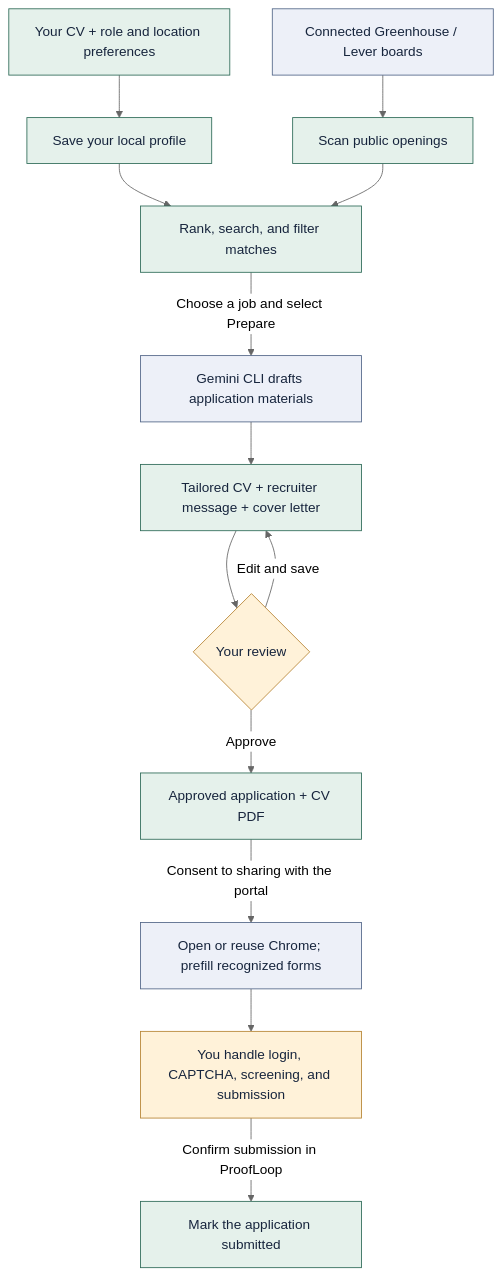
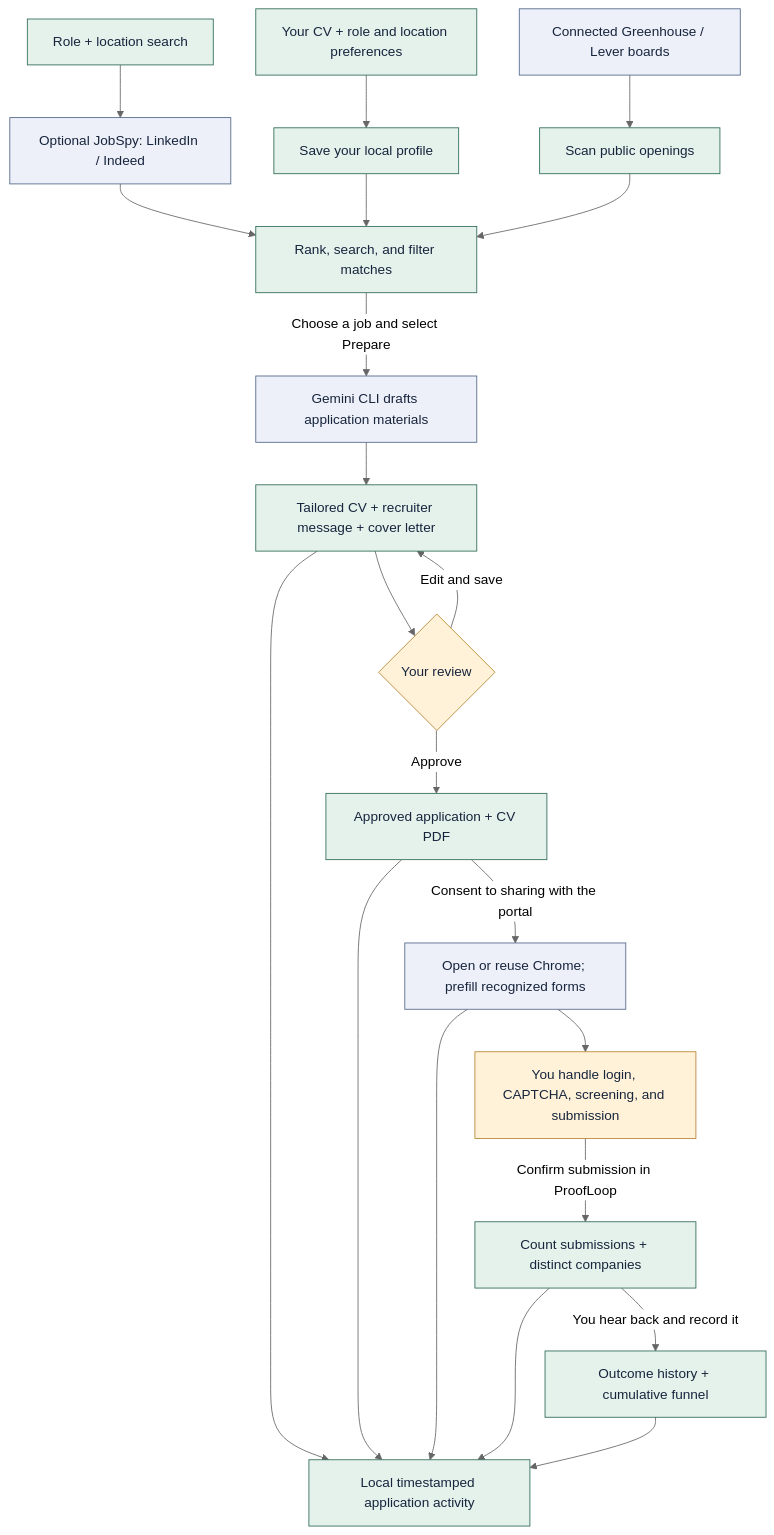
The diagram in README.md (vedantparmar12/proofloop), drawn with Mermaid (neutral theme) before and after one commit. The commit also changed other lines of this file and 18 other files, not shown here.

````diff
--- a/README.md
+++ b/README.md
@@ -36,22 +38,30 @@
 ```mermaid
 flowchart TD
     CV["Your CV + role and location preferences"] --> Profile["Save your local profile"]
     Boards["Connected Greenhouse / Lever boards"] --> Scan["Scan public openings"]
+    Search["Role + location search"] --> JobSpy["Optional JobSpy: LinkedIn / Indeed"]
+    JobSpy --> Matches
     Profile --> Matches["Rank, search, and filter matches"]
     Scan --> Matches
     Matches -->|"Choose a job and select Prepare"| Gemini["Gemini CLI drafts application materials"]
     Gemini --> Draft["Tailored CV + recruiter message + cover letter"]
     Draft --> Review{"Your review"}
     Review -->|"Edit and save"| Draft
     Review -->|"Approve"| Approved["Approved application + CV PDF"]
     Approved -->|"Consent to sharing with the portal"| Chrome["Open or reuse Chrome; prefill recognized forms"]
     Chrome --> Manual["You handle login, CAPTCHA, screening, and submission"]
-    Manual -->|"Confirm submission in ProofLoop"| Tracker["Mark the application submitted"]
+    Manual -->|"Confirm submission in ProofLoop"| Tracker["Count submissions + distinct companies"]
+    Tracker -->|"You hear back and record it"| Outcome["Outcome history + cumulative funnel"]
+    Draft --> Log["Local timestamped application activity"]
+    Approved --> Log
+    Chrome --> Log
+    Tracker --> Log
+    Outcome --> Log
 
     classDef local fill:#e5f1eb,stroke:#2d6a57,color:#17253d
     classDef external fill:#edf0f8,stroke:#526688,color:#17253d
     classDef human fill:#fff2d9,stroke:#b68432,color:#17253d
-    class CV,Profile,Scan,Matches,Draft,Approved,Tracker local
-    class Boards,Gemini,Chrome external
+    class CV,Profile,Scan,Matches,Draft,Approved,Tracker,Outcome,Search,Log local
+    class Boards,JobSpy,Gemini,Chrome external
     class Review,Manual human
 ```
````
